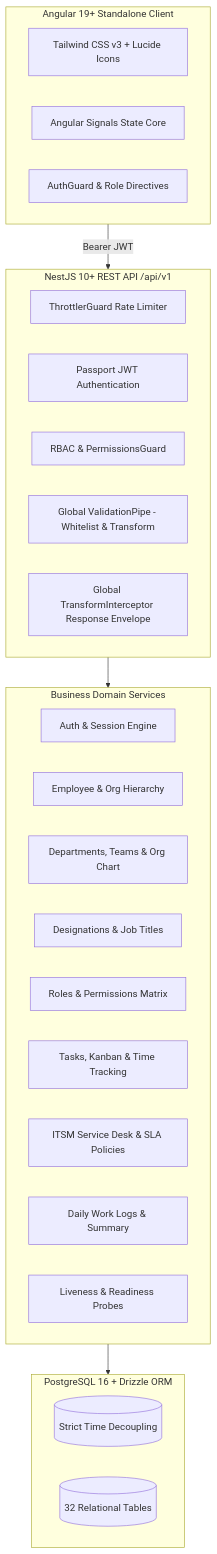
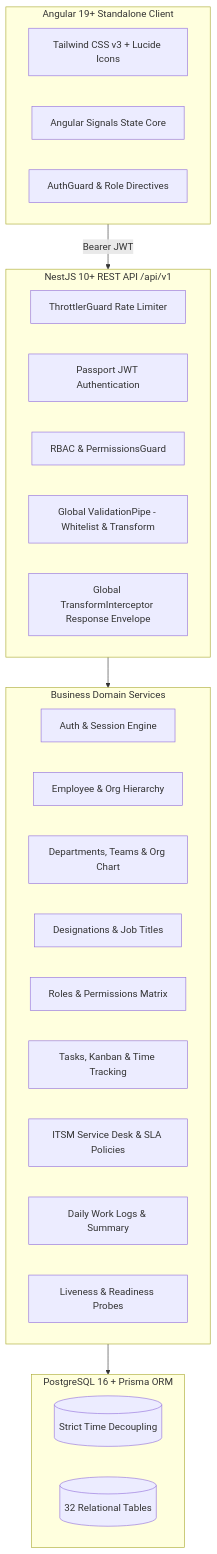
One commit to ranjit-dev-prog/Q-Clocker changed the first of 2 diagrams in docs/qa/final-qa-report.md. Above: the diagram before and after it, drawn with Mermaid. The commit also changed other lines of this file and 8 other files, not shown here.

````diff
--- a/docs/qa/final-qa-report.md
+++ b/docs/qa/final-qa-report.md
@@ -36,37 +36,37 @@
 ```mermaid
 flowchart TD
     subgraph Frontend["Angular 19+ Standalone Client"]
         UI[Tailwind CSS v3 + Lucide Icons]
         Signals[Angular Signals State Core]
         Guards[AuthGuard & Role Directives]
     end
 
     subgraph API_Gateway["NestJS 10+ REST API /api/v1"]
         Throttler[ThrottlerGuard Rate Limiter]
         JWTGuard[Passport JWT Authentication]
         RolesGuard[RBAC & PermissionsGuard]
         Validation[Global ValidationPipe - Whitelist & Transform]
         Transform[Global TransformInterceptor Response Envelope]
     end
 
     subgraph Core_Modules["Business Domain Services"]
         AuthMod[Auth & Session Engine]
         UserMod[Employee & Org Hierarchy]
         DeptMod[Departments, Teams & Org Chart]
         DsgMod[Designations & Job Titles]
         RoleMod[Roles & Permissions Matrix]
         TaskMod[Tasks, Kanban & Time Tracking]
         TicketMod[ITSM Service Desk & SLA Policies]
         LogMod[Daily Work Logs & Summary]
         HealthMod[Liveness & Readiness Probes]
     end
 
-    subgraph Data_Layer["PostgreSQL 16 + Drizzle ORM"]
+    subgraph Data_Layer["PostgreSQL 16 + Prisma ORM"]
         DecoupledTime[(Strict Time Decoupling)]
         SchemaTables[(32 Relational Tables)]
     end
 
     Frontend -->|Bearer JWT| API_Gateway
     API_Gateway --> Core_Modules
     Core_Modules --> Data_Layer
 ```
````
